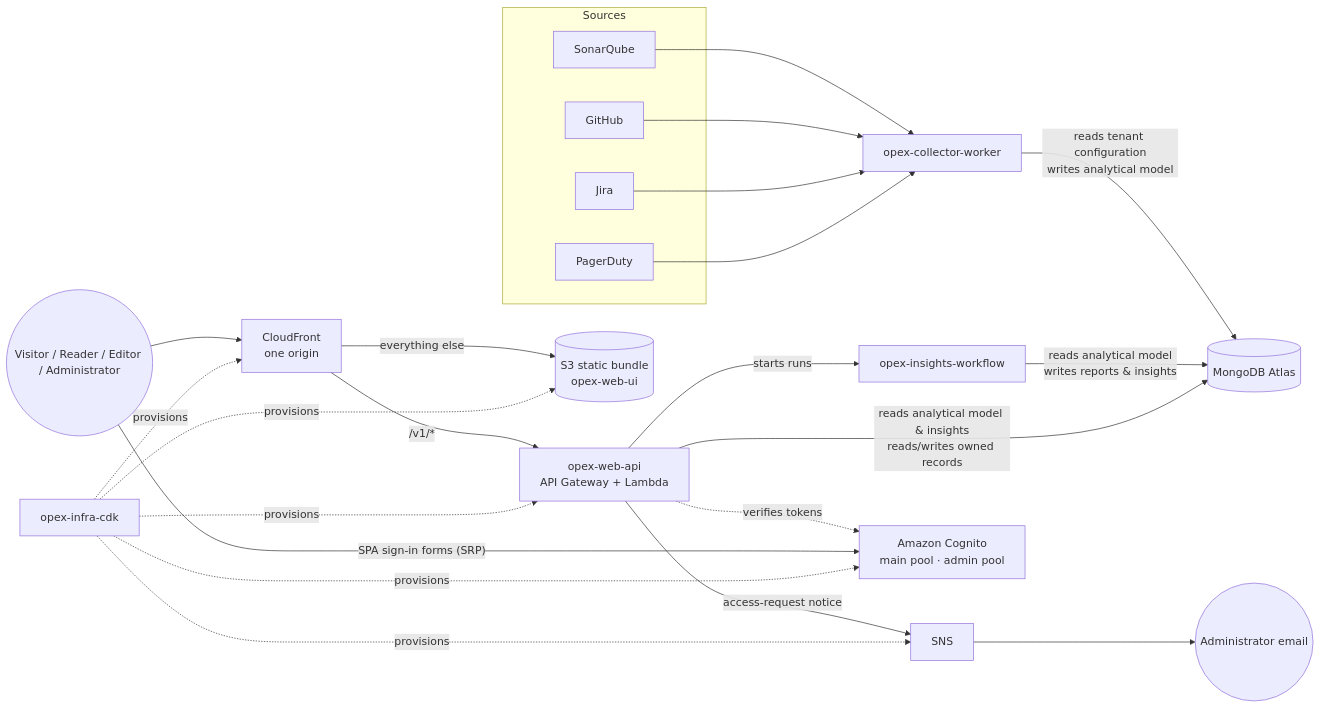
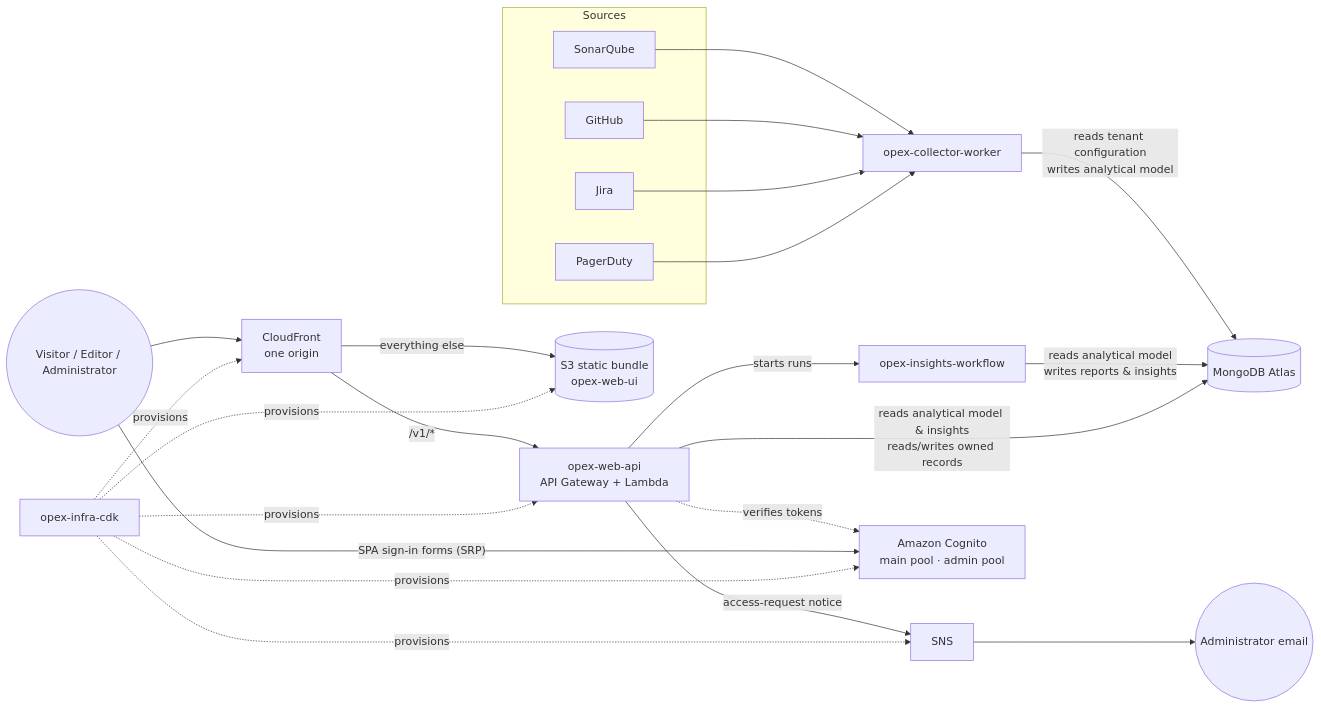
The first of 6 diagrams in docs/high-level-design.md (sawsonh/opex-web-ui), drawn with Mermaid before and after one commit. The commit also changed other lines of this file and 5 other files, not shown here.

````diff
--- a/docs/high-level-design.md
+++ b/docs/high-level-design.md
@@ -99,21 +100,21 @@
 ```mermaid
 flowchart LR
     subgraph Sources
         SQ[SonarQube]
         GH[GitHub]
         JI[Jira]
         PD[PagerDuty]
     end
     SQ & GH & JI & PD --> CW[opex-collector-worker]
     CW -- reads tenant configuration<br/>writes analytical model --> DB[(MongoDB Atlas)]
     IW[opex-insights-workflow] -- reads analytical model<br/>writes reports & insights --> DB
-    User((Visitor / Reader / Editor / Administrator)) --> CF[CloudFront<br/>one origin]
+    User((Visitor / Editor / Administrator)) --> CF[CloudFront<br/>one origin]
     CF -- "/v1/*" --> API[opex-web-api<br/>API Gateway + Lambda]
     CF -- everything else --> S3[(S3 static bundle<br/>opex-web-ui)]
     API -- reads analytical model & insights<br/>reads/writes owned records --> DB
     API -- starts runs --> IW
     API -- access-request notice --> SNS[SNS] --> Admin((Administrator email))
     API -. verifies tokens .-> COG[Amazon Cognito<br/>main pool · admin pool]
     User -- SPA sign-in forms (SRP) --> COG
     CDK[opex-infra-cdk] -. provisions .-> CF & S3 & API & COG & SNS
 ```
````
